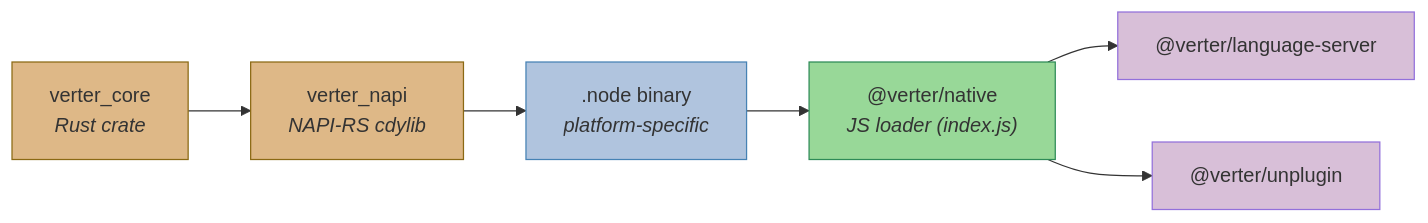
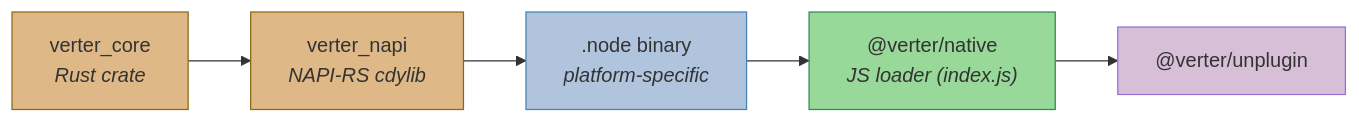
One commit to pikax/verter changed the first of 2 diagrams in packages/native/README.md. Above: the diagram before and after it, drawn with Mermaid. The commit also changed 569 other files, not shown here.

````diff
--- a/packages/native/README.md
+++ b/packages/native/README.md
@@ -16,15 +16,13 @@
 ```mermaid
 graph LR
     A["verter_core<br/><i>Rust crate</i>"] --> B["verter_napi<br/><i>NAPI-RS cdylib</i>"]
     B --> C[".node binary<br/><i>platform-specific</i>"]
     C --> D["@verter/native<br/><i>JS loader (index.js)</i>"]
-    D --> E["@verter/language-server"]
     D --> F["@verter/unplugin"]
 
     style A fill:#deb887,stroke:#8b6914
     style B fill:#deb887,stroke:#8b6914
     style C fill:#b0c4de,stroke:#4682b4
     style D fill:#98d898,stroke:#2e8b57
-    style E fill:#d8bfd8,stroke:#9370db
     style F fill:#d8bfd8,stroke:#9370db
 ```
````
